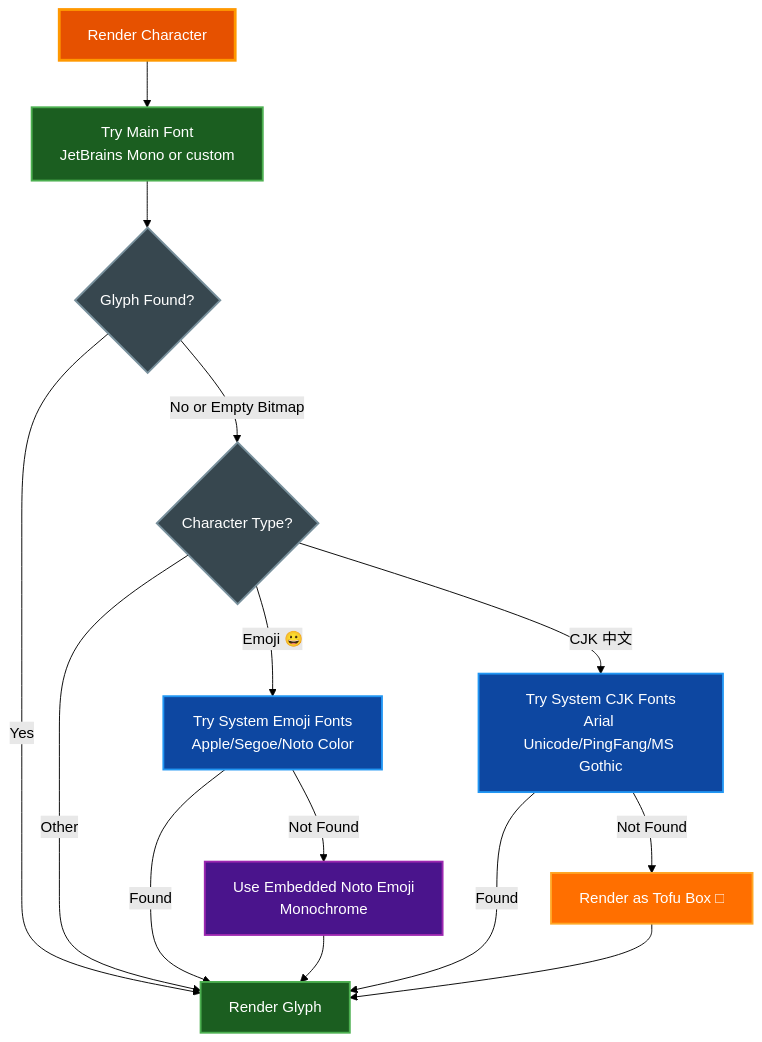
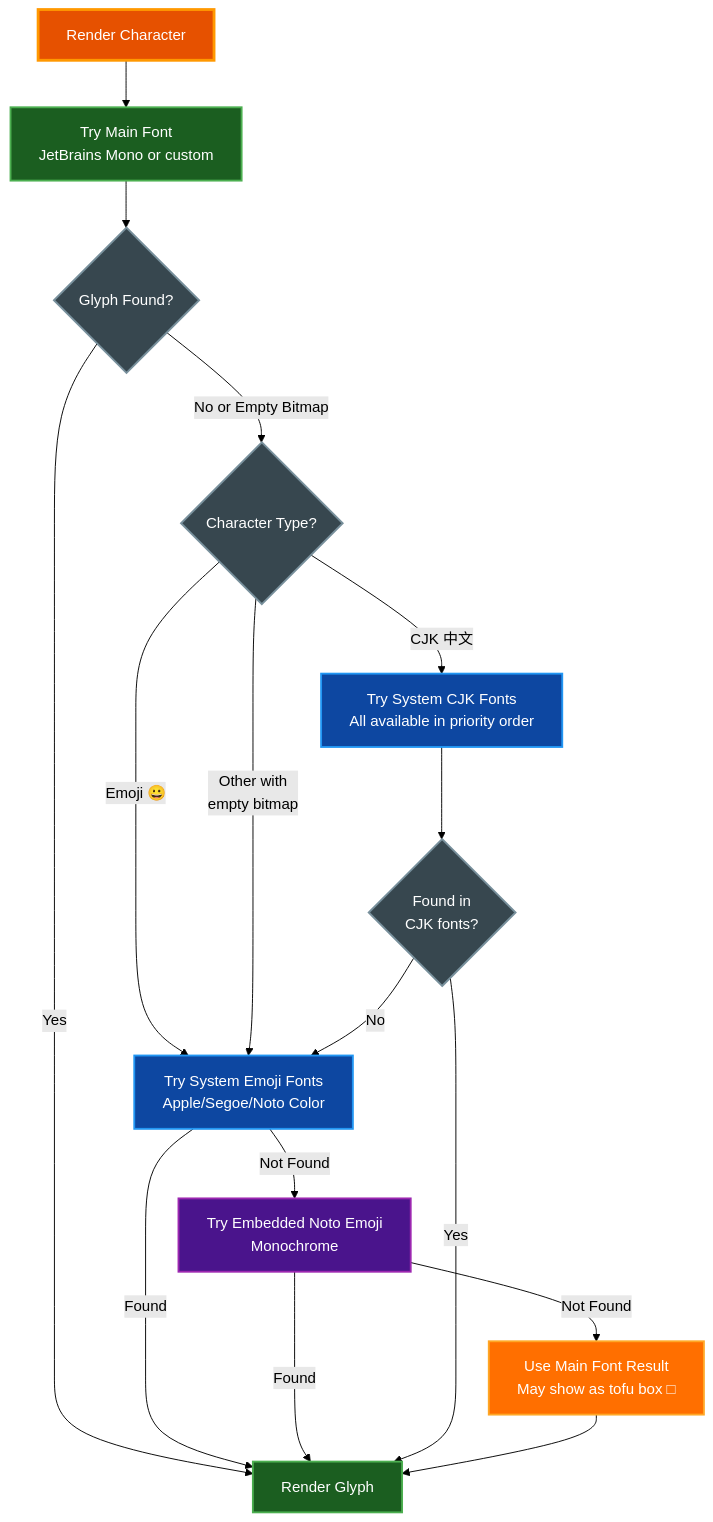
The diagram in docs/FONTS.md (paulrobello/par-term-emu-core-rust), drawn with Mermaid (forest theme) before and after one commit. The commit also changed other lines of this file and 18 other files, not shown here.

````diff
--- a/docs/FONTS.md
+++ b/docs/FONTS.md
@@ -60,40 +60,45 @@
 ```mermaid
 graph TD
     Start[Render Character]
     TryMain[Try Main Font<br/>JetBrains Mono or custom]
     CheckSuccess{Glyph Found?}
 
     CheckType{Character Type?}
     TrySystemEmoji[Try System Emoji Fonts<br/>Apple/Segoe/Noto Color]
-    TryEmbeddedEmoji[Use Embedded Noto Emoji<br/>Monochrome]
-    TryCJK[Try System CJK Fonts<br/>Arial Unicode/PingFang/MS Gothic]
-    Tofu[Render as Tofu Box □]
+    TryEmbeddedEmoji[Try Embedded Noto Emoji<br/>Monochrome]
+    TryCJK[Try System CJK Fonts<br/>All available in priority order]
+    CheckEmojiAfterCJK{Found in<br/>CJK fonts?}
+    FinalFallback[Use Main Font Result<br/>May show as tofu box □]
     Success[Render Glyph]
 
     Start --> TryMain
     TryMain --> CheckSuccess
     CheckSuccess -->|Yes| Success
     CheckSuccess -->|No or Empty Bitmap| CheckType
 
     CheckType -->|Emoji 😀| TrySystemEmoji
     CheckType -->|CJK 中文| TryCJK
-    CheckType -->|Other| Success
+    CheckType -->|Other with<br/>empty bitmap| TrySystemEmoji
 
     TrySystemEmoji -->|Found| Success
     TrySystemEmoji -->|Not Found| TryEmbeddedEmoji
-    TryEmbeddedEmoji --> Success
+    TryEmbeddedEmoji -->|Found| Success
+    TryEmbeddedEmoji -->|Not Found| FinalFallback
 
-    TryCJK -->|Found| Success
-    TryCJK -->|Not Found| Tofu
-    Tofu --> Success
+    TryCJK --> CheckEmojiAfterCJK
+    CheckEmojiAfterCJK -->|Yes| Success
+    CheckEmojiAfterCJK -->|No| TrySystemEmoji
+
+    FinalFallback --> Success
 
     style Start fill:#e65100,stroke:#ff9800,stroke-width:3px,color:#ffffff
     style TryMain fill:#1b5e20,stroke:#4caf50,stroke-width:2px,color:#ffffff
     style TrySystemEmoji fill:#0d47a1,stroke:#2196f3,stroke-width:2px,color:#ffffff
     style TryCJK fill:#0d47a1,stroke:#2196f3,stroke-width:2px,color:#ffffff
     style TryEmbeddedEmoji fill:#4a148c,stroke:#9c27b0,stroke-width:2px,color:#ffffff
     style Success fill:#1b5e20,stroke:#4caf50,stroke-width:2px,color:#ffffff
-    style Tofu fill:#ff6f00,stroke:#ffa726,stroke-width:2px,color:#ffffff
+    style FinalFallback fill:#ff6f00,stroke:#ffa726,stroke-width:2px,color:#ffffff
     style CheckSuccess fill:#37474f,stroke:#78909c,stroke-width:2px,color:#ffffff
     style CheckType fill:#37474f,stroke:#78909c,stroke-width:2px,color:#ffffff
+    style CheckEmojiAfterCJK fill:#37474f,stroke:#78909c,stroke-width:2px,color:#ffffff
 ```
````
